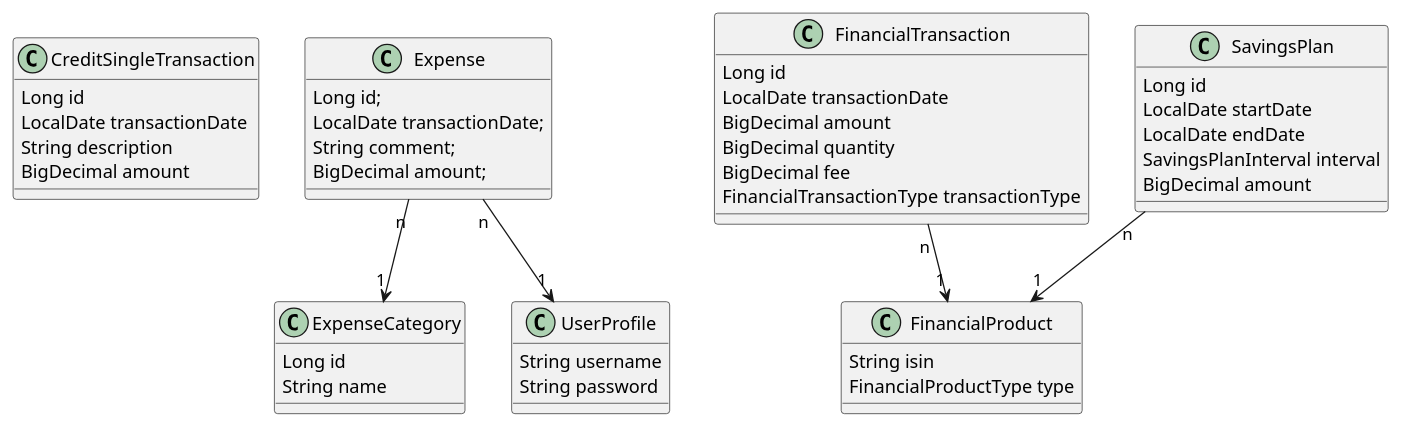
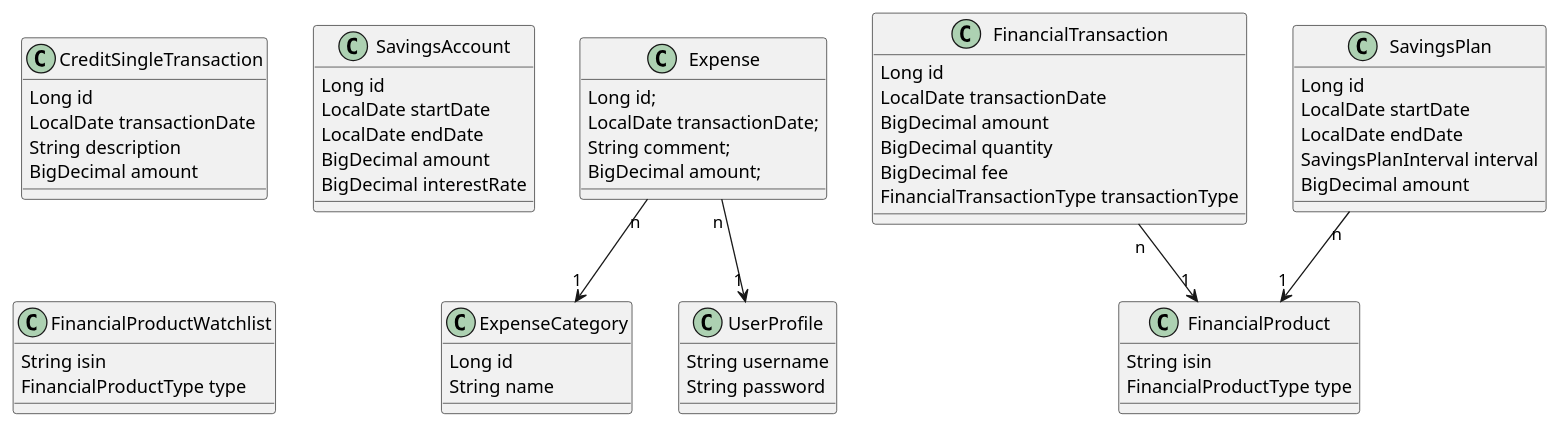
The diagram in doc/class_diagram.plantuml (v3rtumnus/plan-man), drawn with PlantUML before and after one commit. The commit also changed 6 other files, not shown here.

```diff
--- a/doc/class_diagram.plantuml
+++ b/doc/class_diagram.plantuml
@@ -1,52 +1,66 @@
 @startuml
 class CreditSingleTransaction {
   Long id
   LocalDate transactionDate
   String description
   BigDecimal amount
 }
 
 class ExpenseCategory {
   Long id
   String name
 }
 
 class UserProfile {
   String username
   String password
 }
 
 class Expense {
   Long id;
   LocalDate transactionDate;
   String comment;
   BigDecimal amount;
 }
 
+
+class SavingsAccount {
+  Long id
+  LocalDate startDate
+  LocalDate endDate
+  BigDecimal amount
+  BigDecimal interestRate
+}
+
 class FinancialProduct {
+  String isin
+  FinancialProductType type
+}
+
+class FinancialProductWatchlist {
   String isin
   FinancialProductType type
 }
 
 class FinancialTransaction {
   Long id
   LocalDate transactionDate
   BigDecimal amount
   BigDecimal quantity
   BigDecimal fee
   FinancialTransactionType transactionType
 }
 
 class SavingsPlan {
   Long id
   LocalDate startDate
   LocalDate endDate
   SavingsPlanInterval interval
   BigDecimal amount
 }
 
 Expense "n" --> "1" ExpenseCategory
 Expense "n" --> "1" UserProfile
 FinancialTransaction "n" --> "1" FinancialProduct
 SavingsPlan "n" --> "1" FinancialProduct
 @enduml
```
